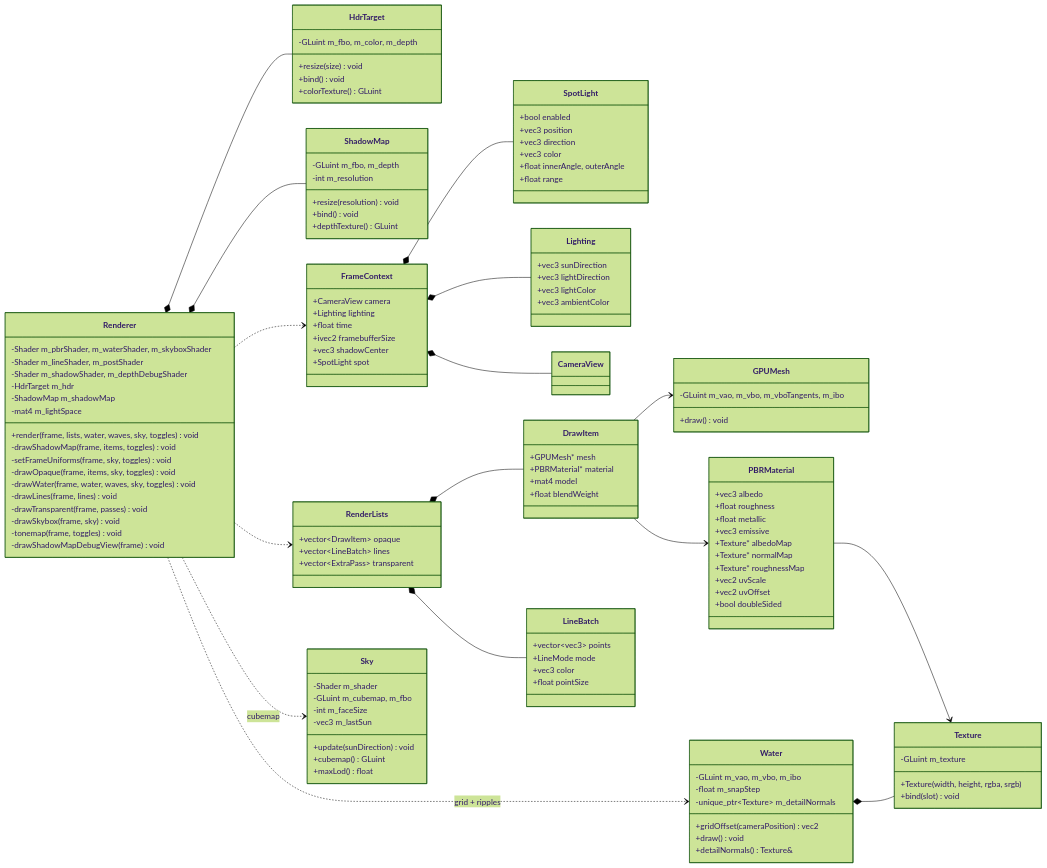
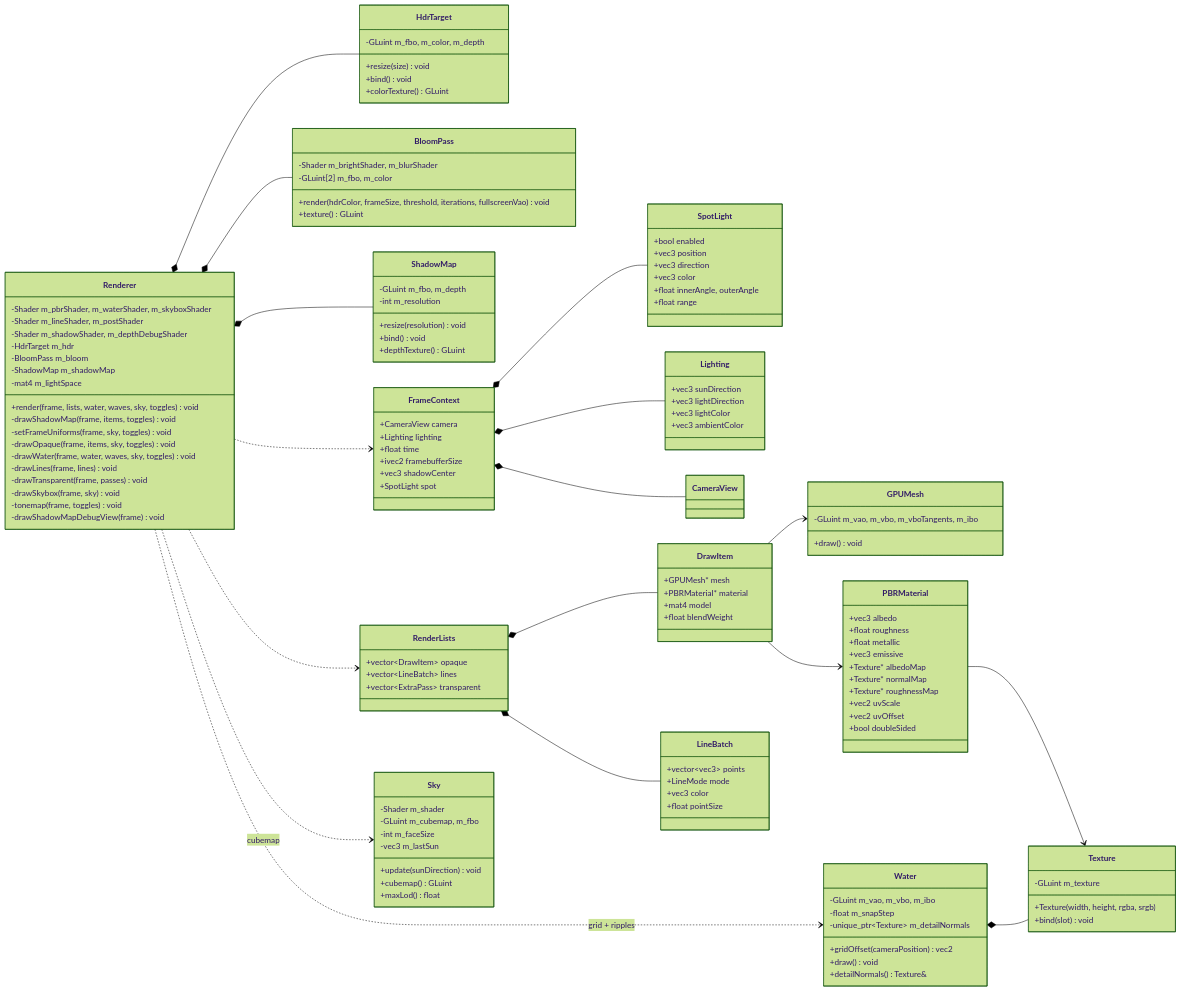
Before and after one commit to groundbeeflover/sailboat-tech-demo: the third of 11 diagrams in docs/ARCHITECTURE.md, drawn with Mermaid (forest theme). The commit also changed other lines of this file and 27 other files, not shown here.

```diff
--- a/docs/ARCHITECTURE.md
+++ b/docs/ARCHITECTURE.md
@@ -344,6 +345,7 @@
         -Shader m_lineShader, m_postShader
         -Shader m_shadowShader, m_depthDebugShader
         -HdrTarget m_hdr
+        -BloomPass m_bloom
         -ShadowMap m_shadowMap
         -mat4 m_lightSpace
         +render(frame, lists, water, waves, sky, toggles) void
@@ -415,6 +417,13 @@
         +colorTexture() GLuint
     }
 
+    class BloomPass {
+        -Shader m_brightShader, m_blurShader
+        -GLuint[2] m_fbo, m_color
+        +render(hdrColor, frameSize, threshold, iterations, fullscreenVao) void
+        +texture() GLuint
+    }
+
     class ShadowMap {
         -GLuint m_fbo, m_depth
         -int m_resolution
@@ -462,6 +471,7 @@
     }
 
     Renderer *-- HdrTarget
+    Renderer *-- BloomPass
     Renderer *-- ShadowMap
     Renderer ..> FrameContext
     Renderer ..> RenderLists
```
